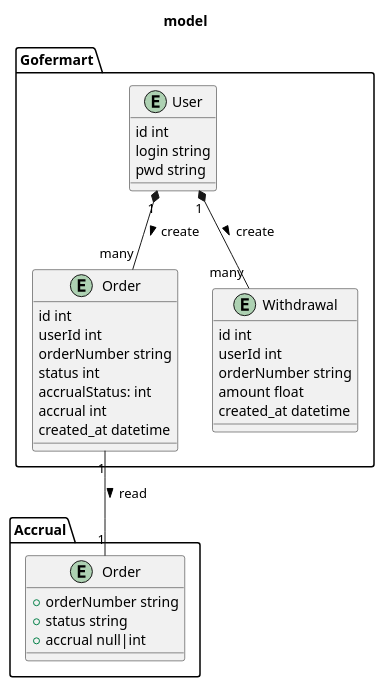
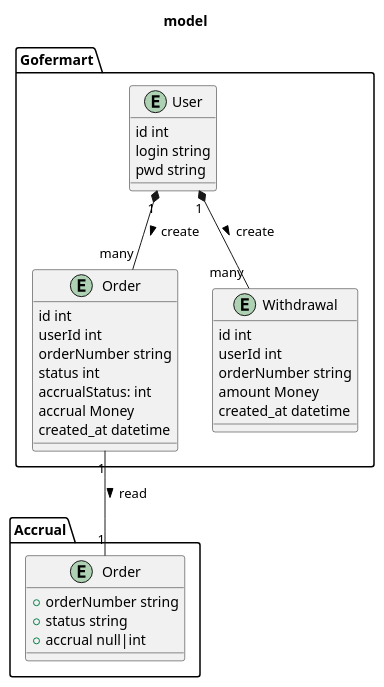
Before and after one commit to smamykin/gofermart: the second of 3 diagrams in DRAFT.md, drawn with PlantUML. The commit also changed other lines of this file and 4 other files, not shown here.

````diff
--- a/DRAFT.md
+++ b/DRAFT.md
@@ -49,55 +60,55 @@
 ```puml
 @startuml
 
 title model
 namespace Gofermart {
     entity "User" as U {
         id int
         login string
         pwd string
     }
     entity "Order" as O1 {
         id int
         userId int
         orderNumber string
         status int
         accrualStatus: int
-        accrual int
+        accrual Money
         created_at datetime
     }
 '    entity "BalanceAction" as BA {
 '        value uint
 '        type int (enum: \n\
 '        1 = пополнение на основе\n\
 '        добавление заказа;\n\
 '        2 = списание по инициативе\n\
 '        пользователя.\n)
 '        orderId int (default = 0 - нет заказа)
 '    }
     
     entity "Withdrawal" as W {
         id int
         userId int
         orderNumber string
-        amount float
+        amount Money
         created_at datetime
     }
 }
 
 namespace Accrual {
     entity "Order" as O2 {
         + orderNumber string
         + status string
         + accrual null|int
     }
 }
 
 U "1" *-d- "many" O1 : create >
 'U "1" *-d- "many" BA : read >
 'O1 "1" -l- "1" BA : add >
 U "1" *-d- "many" W : create >
 
 O1 "1"--"1" O2 : read >
 
 @enduml
 ```
````
